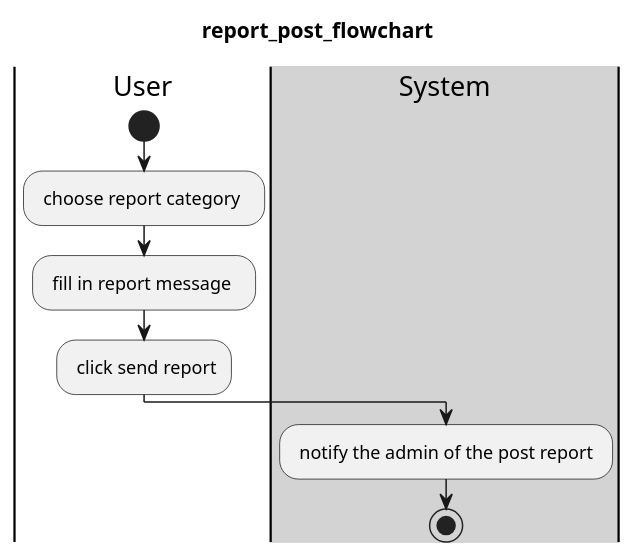
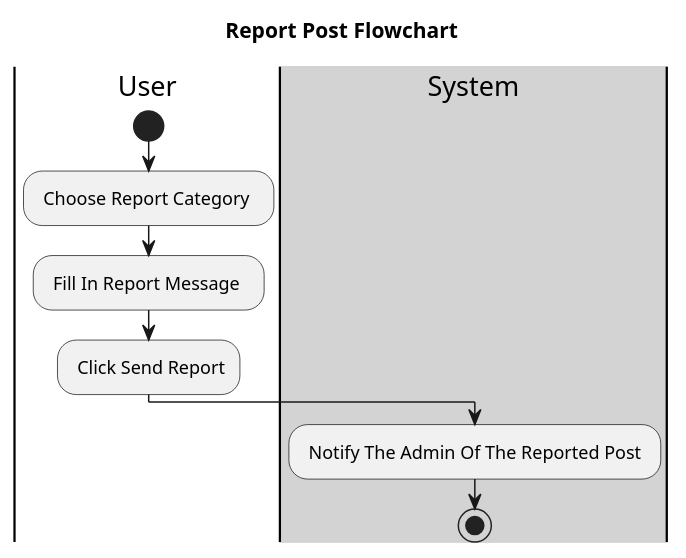
The diagram in Diagram/flowchart/post/report_post_flowchart.wsd (KTPx4/Social_Media), drawn with PlantUML before and after one commit. The commit also changed 10 other files, not shown here.

Commit message:
PHuc | change flowchart

```diff
--- a/Diagram/flowchart/post/report_post_flowchart.wsd
+++ b/Diagram/flowchart/post/report_post_flowchart.wsd
@@ -1,11 +1,11 @@
 @startuml 
-title report_post_flowchart
+title Report Post Flowchart
 |User|
 start
-: choose report category  ; 
-: fill in report message  ;  
-: click send report;  
+: Choose Report Category  ; 
+: Fill In Report Message  ;  
+: Click Send Report;  
 |#lightgray|System|
-: notify the admin of the post report ;  
+: Notify The Admin Of The Reported Post ;  
 stop
 @enduml
```
